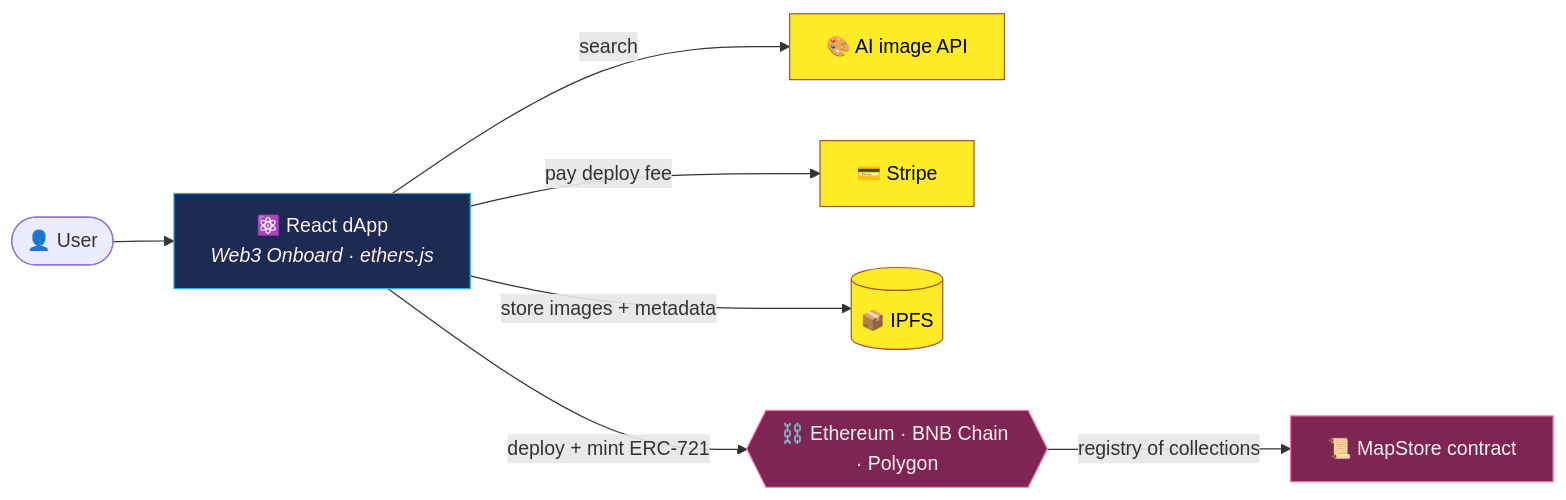
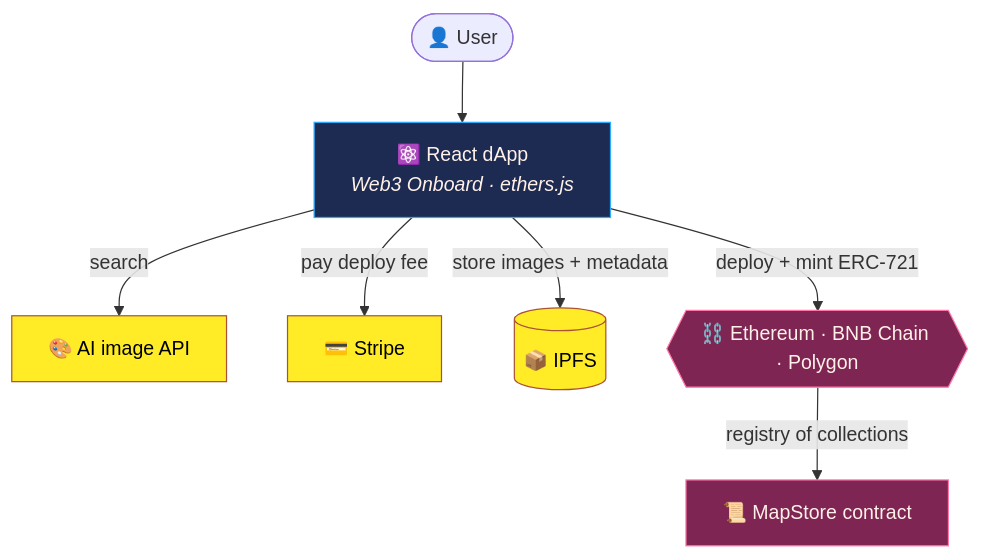
Before and after one commit to serbenda/serbenda: the diagram in README.md, drawn with Mermaid. The commit also changed other lines of this file and 2 other files, not shown here.

````diff
--- a/README.md
+++ b/README.md
@@ -153,16 +132,16 @@
 ```mermaid
-flowchart LR
+flowchart TB
     U(["👤 User"]) --> D["⚛️ React dApp<br/><i>Web3 Onboard · ethers.js</i>"]
     D -->|"search"| AI["🎨 AI image API"]
     D -->|"pay deploy fee"| S["💳 Stripe"]
     D -->|"store images + metadata"| I[("📦 IPFS")]
     D -->|"deploy + mint ERC-721"| BC{{"⛓️ Ethereum · BNB Chain · Polygon"}}
     BC -->|"registry of collections"| R["📜 MapStore contract"]
 
     classDef app fill:#1d2b53,stroke:#29adff,color:#fff1e8
     classDef chain fill:#7e2553,stroke:#ff77a8,color:#fff1e8
     classDef ext fill:#ffec27,stroke:#ab5236,color:#000
     class D app
     class BC,R chain
     class AI,S,I ext
 ```
````
